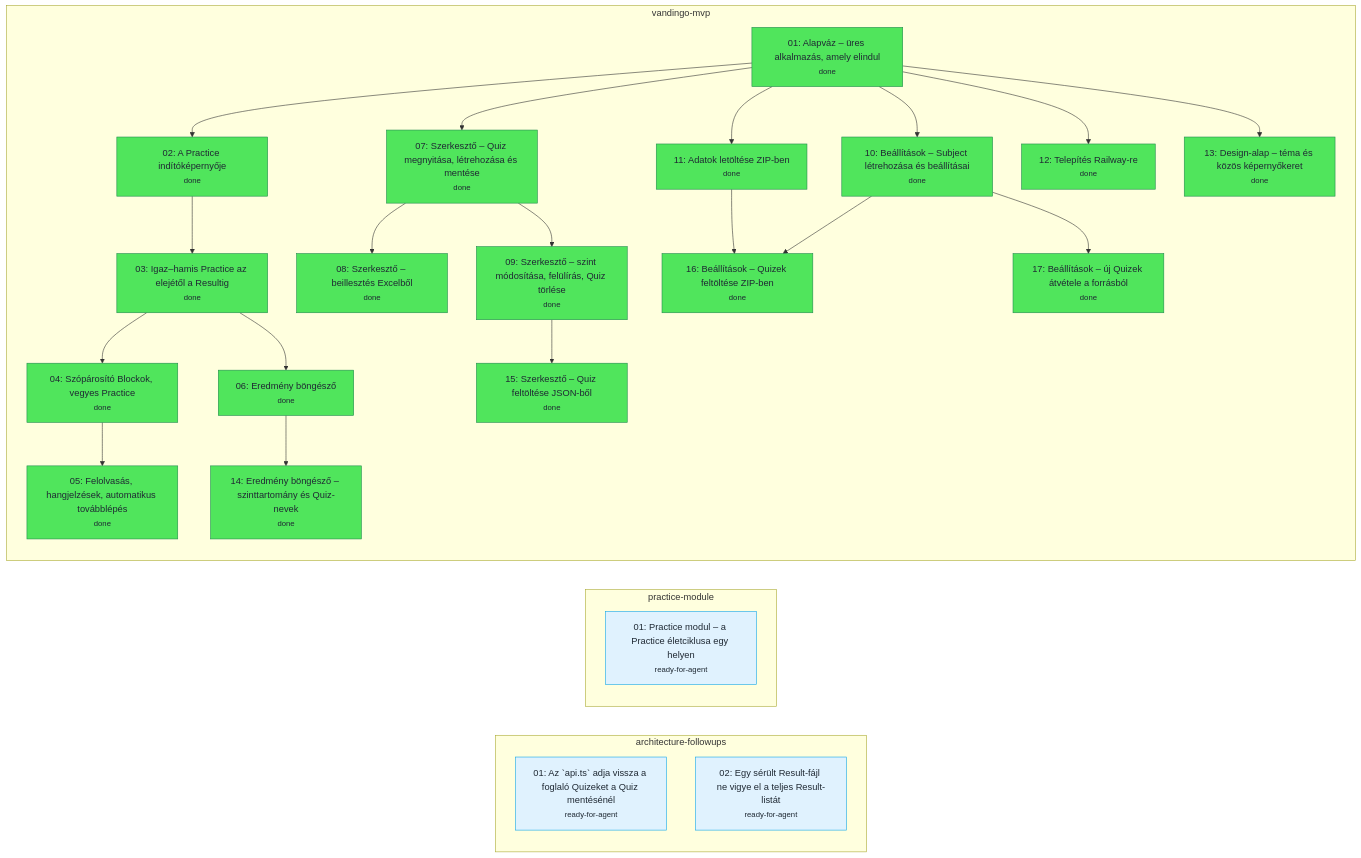
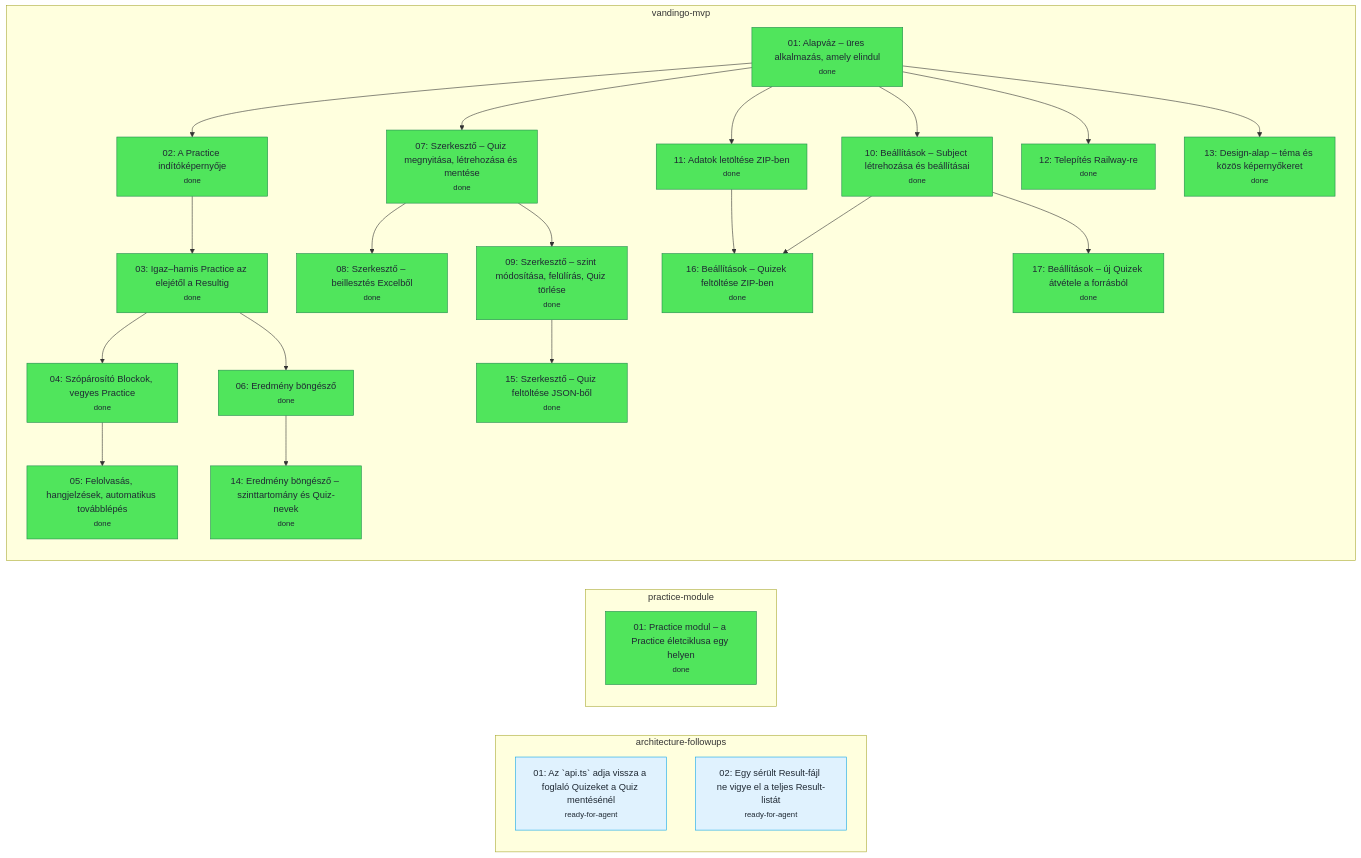
The diagram in .scratch/tickets.mmd (nagyandor76/Vandingo), drawn with Mermaid before and after one commit. The commit also changed 5 other files, not shown here.

```diff
--- a/.scratch/tickets.mmd
+++ b/.scratch/tickets.mmd
@@ -1,50 +1,50 @@
 flowchart LR
   subgraph architecture_followups_feature["architecture-followups"]
     architecture_followups_1["01: Az `api.ts` adja vissza a foglaló Quizeket a Quiz mentésénél<br/><small>ready-for-agent</small>"]:::ready_for_agent
     architecture_followups_2["02: Egy sérült Result-fájl ne vigye el a teljes Result-listát<br/><small>ready-for-agent</small>"]:::ready_for_agent
   end
   subgraph practice_module_feature["practice-module"]
-    practice_module_1["01: Practice modul – a Practice életciklusa egy helyen<br/><small>ready-for-agent</small>"]:::ready_for_agent
+    practice_module_1["01: Practice modul – a Practice életciklusa egy helyen<br/><small>done</small>"]:::done
   end
   subgraph vandingo_mvp_feature["vandingo-mvp"]
     vandingo_mvp_1["01: Alapváz – üres alkalmazás, amely elindul<br/><small>done</small>"]:::done
     vandingo_mvp_2["02: A Practice indítóképernyője<br/><small>done</small>"]:::done
     vandingo_mvp_3["03: Igaz–hamis Practice az elejétől a Resultig<br/><small>done</small>"]:::done
     vandingo_mvp_4["04: Szópárosító Blockok, vegyes Practice<br/><small>done</small>"]:::done
     vandingo_mvp_5["05: Felolvasás, hangjelzések, automatikus továbblépés<br/><small>done</small>"]:::done
     vandingo_mvp_6["06: Eredmény böngésző<br/><small>done</small>"]:::done
     vandingo_mvp_7["07: Szerkesztő – Quiz megnyitása, létrehozása és mentése<br/><small>done</small>"]:::done
     vandingo_mvp_8["08: Szerkesztő – beillesztés Excelből<br/><small>done</small>"]:::done
     vandingo_mvp_9["09: Szerkesztő – szint módosítása, felülírás, Quiz törlése<br/><small>done</small>"]:::done
     vandingo_mvp_10["10: Beállítások – Subject létrehozása és beállításai<br/><small>done</small>"]:::done
     vandingo_mvp_11["11: Adatok letöltése ZIP-ben<br/><small>done</small>"]:::done
     vandingo_mvp_12["12: Telepítés Railway-re<br/><small>done</small>"]:::done
     vandingo_mvp_13["13: Design-alap – téma és közös képernyőkeret<br/><small>done</small>"]:::done
     vandingo_mvp_14["14: Eredmény böngésző – szinttartomány és Quiz-nevek<br/><small>done</small>"]:::done
     vandingo_mvp_15["15: Szerkesztő – Quiz feltöltése JSON-ből<br/><small>done</small>"]:::done
     vandingo_mvp_16["16: Beállítások – Quizek feltöltése ZIP-ben<br/><small>done</small>"]:::done
     vandingo_mvp_17["17: Beállítások – új Quizek átvétele a forrásból<br/><small>done</small>"]:::done
   end
   vandingo_mvp_1 --> vandingo_mvp_2
   vandingo_mvp_2 --> vandingo_mvp_3
   vandingo_mvp_3 --> vandingo_mvp_4
   vandingo_mvp_4 --> vandingo_mvp_5
   vandingo_mvp_3 --> vandingo_mvp_6
   vandingo_mvp_1 --> vandingo_mvp_7
   vandingo_mvp_7 --> vandingo_mvp_8
   vandingo_mvp_7 --> vandingo_mvp_9
   vandingo_mvp_1 --> vandingo_mvp_10
   vandingo_mvp_1 --> vandingo_mvp_11
   vandingo_mvp_1 --> vandingo_mvp_12
   vandingo_mvp_1 --> vandingo_mvp_13
   vandingo_mvp_6 --> vandingo_mvp_14
   vandingo_mvp_9 --> vandingo_mvp_15
   vandingo_mvp_10 --> vandingo_mvp_16
   vandingo_mvp_11 --> vandingo_mvp_16
   vandingo_mvp_10 --> vandingo_mvp_17
   classDef done fill:#50e55c,stroke:#1f8a4c,color:#1f2933
   classDef ready_for_agent fill:#e0f2fe,stroke:#0ea5e9,color:#1f2933
   classDef ready_for_human fill:#fef3c7,stroke:#f59e0b,color:#1f2933
   classDef needs_triage fill:#f3f4f6,stroke:#6b7480,color:#1f2933
   classDef needs_info fill:#fbecea,stroke:#c2413b,color:#1f2933
   classDef wontfix fill:#f3f4f6,stroke:#9ca3af,color:#6b7480,stroke-dasharray:4
```
